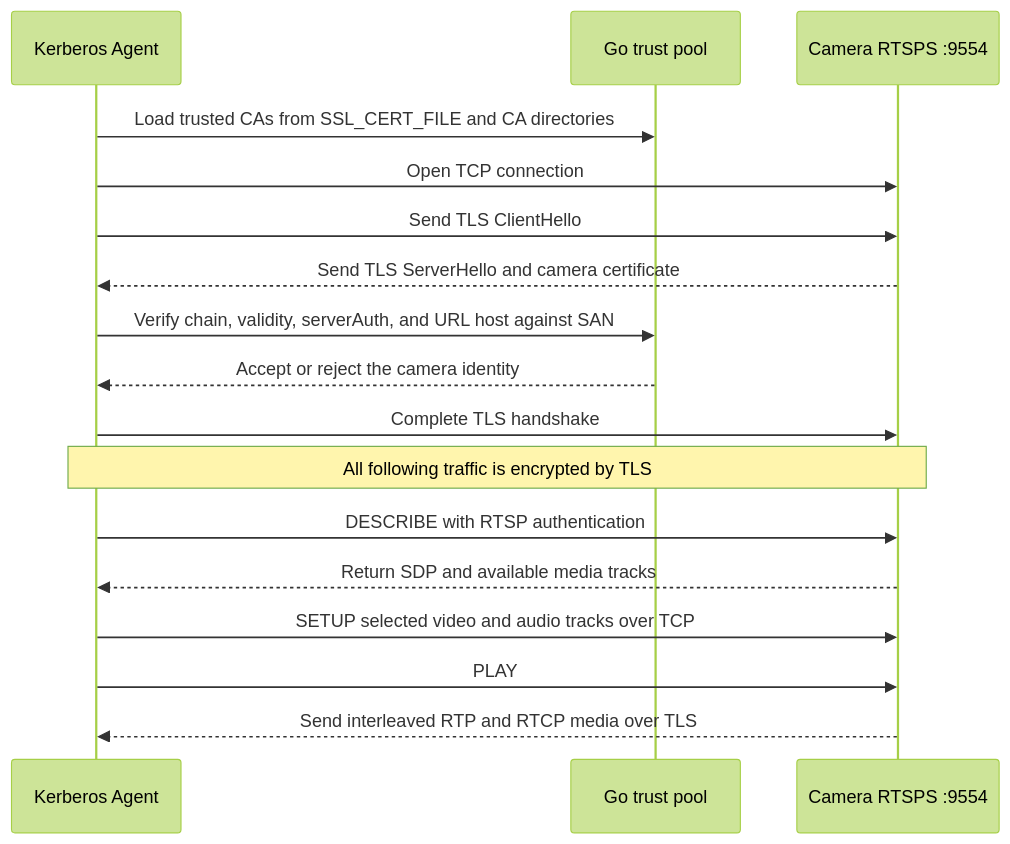
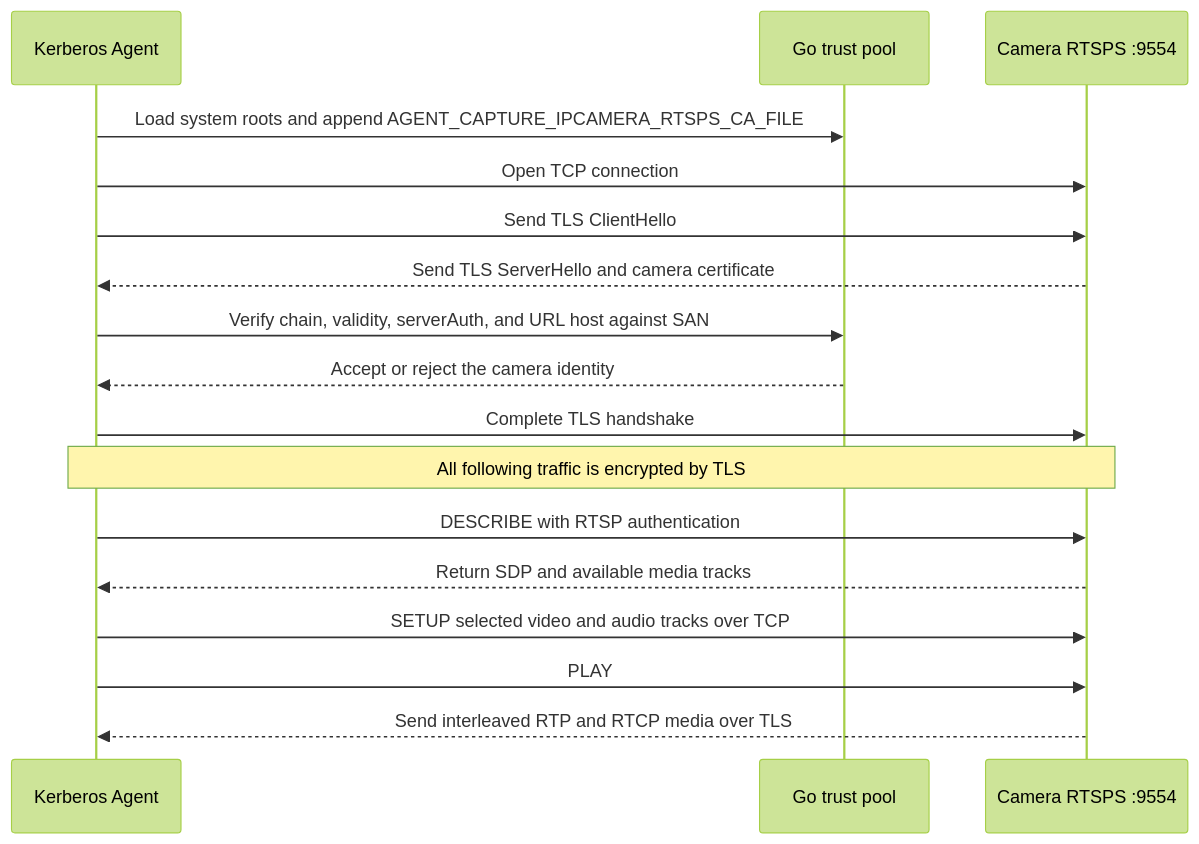
One commit to jiangquewh/agent changed the diagram in README-RTSPS-TLS.md. Above: the diagram before and after it, drawn with Mermaid (forest theme). The commit also changed other lines of this file and 1 other file, not shown here.

First line of the commit message:
Document AGENT_CAPTURE_IPCAMERA_RTSPS_CA_FILE

````diff
--- a/README-RTSPS-TLS.md
+++ b/README-RTSPS-TLS.md
@@ -72,20 +72,20 @@
 ```mermaid
 sequenceDiagram
   participant Agent as Kerberos Agent
   participant Trust as Go trust pool
   participant Camera as Camera RTSPS :9554
 
-  Agent->>Trust: Load trusted CAs from SSL_CERT_FILE and CA directories
+  Agent->>Trust: Load system roots and append AGENT_CAPTURE_IPCAMERA_RTSPS_CA_FILE
   Agent->>Camera: Open TCP connection
   Agent->>Camera: Send TLS ClientHello
   Camera-->>Agent: Send TLS ServerHello and camera certificate
   Agent->>Trust: Verify chain, validity, serverAuth, and URL host against SAN
   Trust-->>Agent: Accept or reject the camera identity
   Agent->>Camera: Complete TLS handshake
   Note over Agent,Camera: All following traffic is encrypted by TLS
   Agent->>Camera: DESCRIBE with RTSP authentication
   Camera-->>Agent: Return SDP and available media tracks
   Agent->>Camera: SETUP selected video and audio tracks over TCP
   Agent->>Camera: PLAY
   Camera-->>Agent: Send interleaved RTP and RTCP media over TLS
 ```
````
